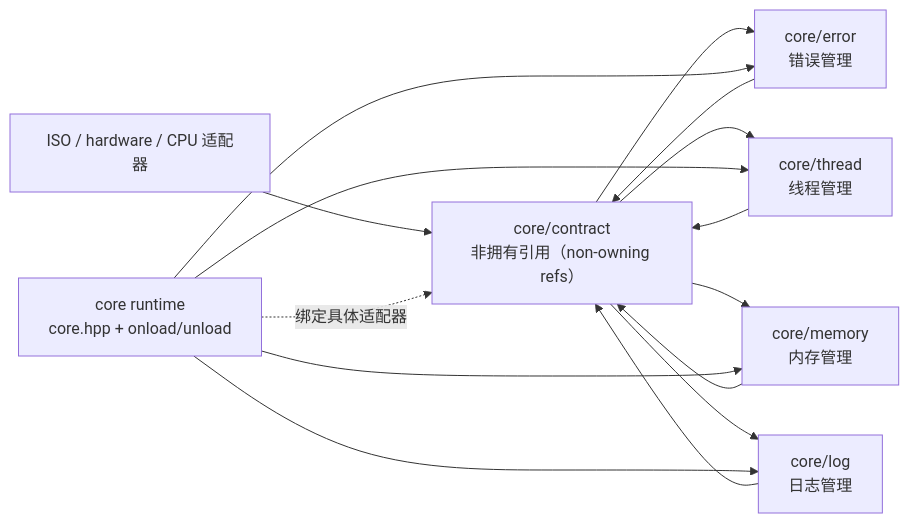
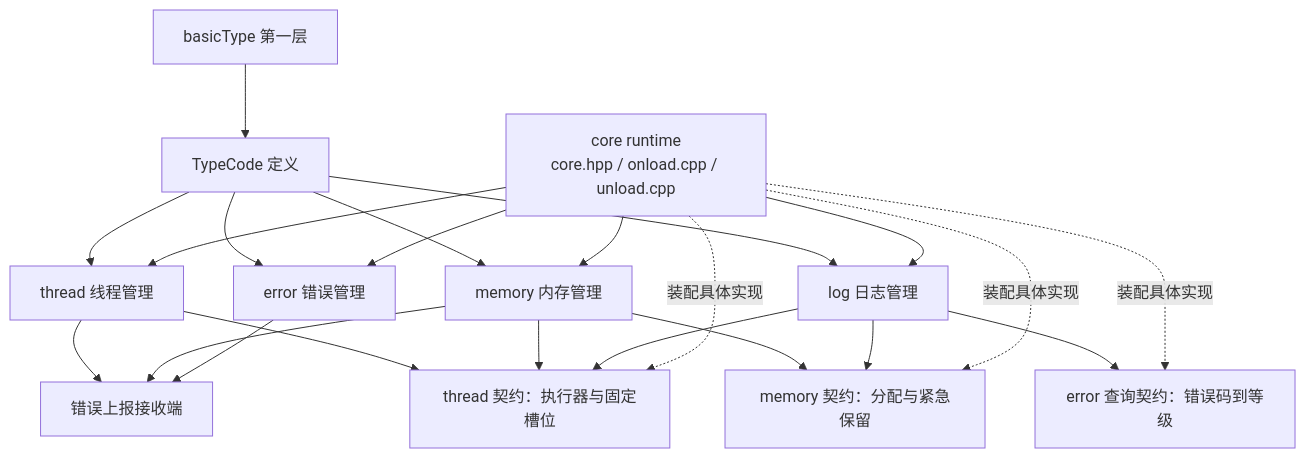
One commit to CarolDestiny/destiny-vscode changed the first of 2 diagrams in code/core/ARCHITECTURE.zh-CN.md. Above: the diagram before and after it, drawn with Mermaid. The commit also changed other lines of this file and 21 other files, not shown here.

````diff
--- a/code/core/ARCHITECTURE.zh-CN.md
+++ b/code/core/ARCHITECTURE.zh-CN.md
@@ -25,17 +46,24 @@
 ```mermaid
-flowchart LR
-    ISO["ISO / hardware / CPU 适配器"] --> C["core/contract\n非拥有引用（non-owning refs）"]
-    C --> E["core/error\n错误管理"]
-    C --> T["core/thread\n线程管理"]
-    C --> M["core/memory\n内存管理"]
-    C --> L["core/log\n日志管理"]
-    E --> C
-    T --> C
-    M --> C
-    L --> C
-    R["core runtime\ncore.hpp + onload/unload"] --> E
-    R --> T
+flowchart TB
+    B["basicType 第一层"] --> TC["TypeCode 定义"]
+    TC --> E["error 错误管理"]
+    TC --> L["log 日志管理"]
+    TC --> M["memory 内存管理"]
+    TC --> T["thread 线程管理"]
+    T --> CT["thread 契约：执行器与固定槽位"]
+    M --> CT
+    L --> CT
+    M --> CM["memory 契约：分配与紧急保留"]
+    L --> CM
+    L --> CE["error 查询契约：错误码到等级"]
+    T --> CS["错误上报接收端"]
+    M --> CS
+    E --> CS
+    R["core runtime\ncore.hpp / onload.cpp / unload.cpp"] --> T
     R --> M
     R --> L
-    R -.绑定具体适配器.-> C
+    R --> E
+    R -.->|装配具体实现| CT
+    R -.->|装配具体实现| CM
+    R -.->|装配具体实现| CE
 ```
````
